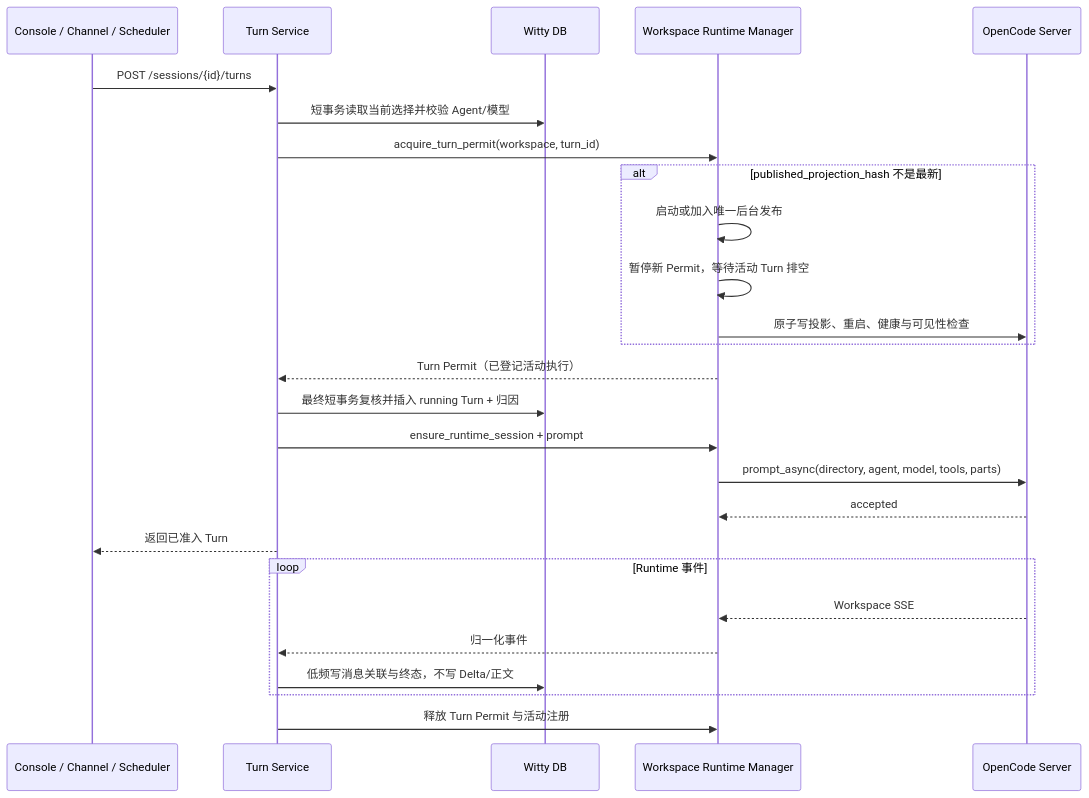
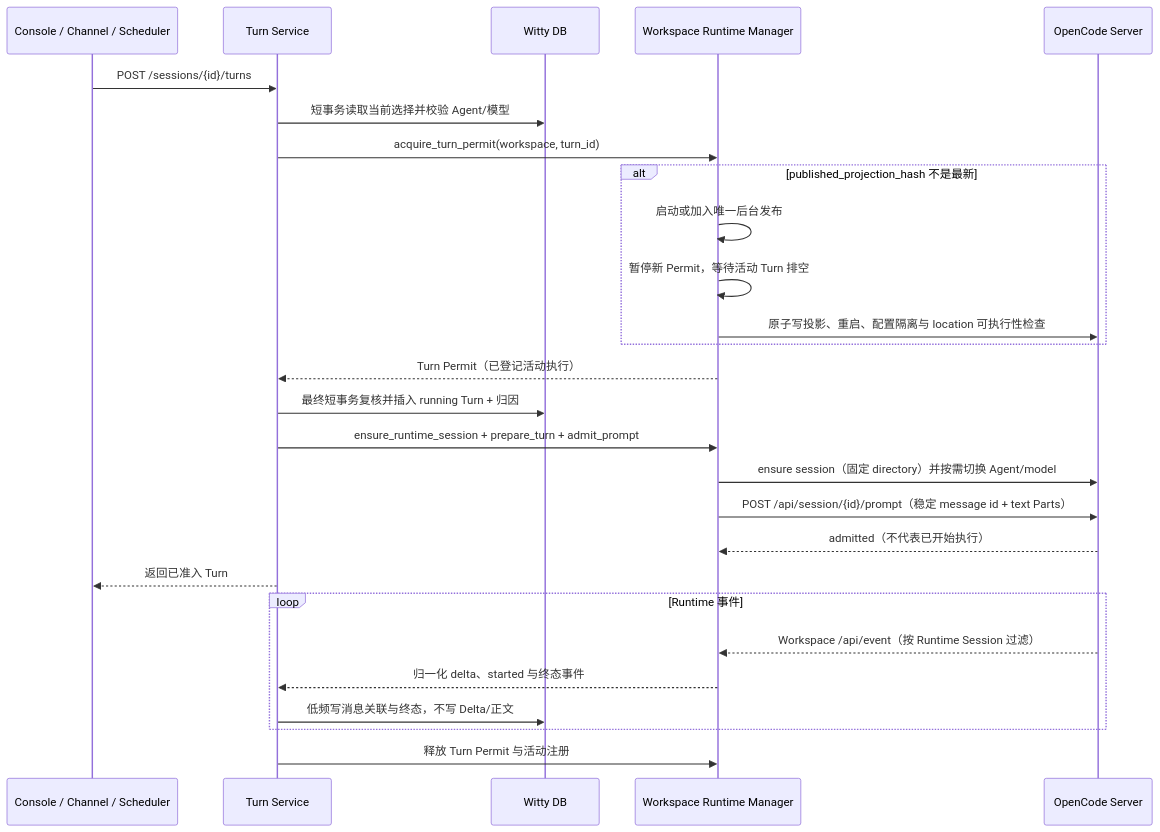
Before and after one commit to openeuler-mirror/witty-service: the diagram in docs/agent-session-workspace-evolution-plan.md, drawn with Mermaid. The commit also changed other lines of this file and 3 other files, not shown here.

````diff
--- a/docs/agent-session-workspace-evolution-plan.md
+++ b/docs/agent-session-workspace-evolution-plan.md
@@ -154,29 +158,30 @@
 ```mermaid
 sequenceDiagram
     participant Entry as Console / Channel / Scheduler
     participant Turn as Turn Service
     participant DB as Witty DB
     participant RTM as Workspace Runtime Manager
     participant OC as OpenCode Server
 
     Entry->>Turn: POST /sessions/{id}/turns
     Turn->>DB: 短事务读取当前选择并校验 Agent/模型
     Turn->>RTM: acquire_turn_permit(workspace, turn_id)
     alt published_projection_hash 不是最新
         RTM->>RTM: 启动或加入唯一后台发布
         RTM->>RTM: 暂停新 Permit，等待活动 Turn 排空
-        RTM->>OC: 原子写投影、重启、健康与可见性检查
+        RTM->>OC: 原子写投影、重启、配置隔离与 location 可执行性检查
     end
     RTM-->>Turn: Turn Permit（已登记活动执行）
     Turn->>DB: 最终短事务复核并插入 running Turn + 归因
-    Turn->>RTM: ensure_runtime_session + prompt
-    RTM->>OC: prompt_async(directory, agent, model, tools, parts)
-    OC-->>RTM: accepted
+    Turn->>RTM: ensure_runtime_session + prepare_turn + admit_prompt
+    RTM->>OC: ensure session（固定 directory）并按需切换 Agent/model
+    RTM->>OC: POST /api/session/{id}/prompt（稳定 message id + text Parts）
+    OC-->>RTM: admitted（不代表已开始执行）
     Turn-->>Entry: 返回已准入 Turn
     loop Runtime 事件
-        OC-->>RTM: Workspace SSE
-        RTM-->>Turn: 归一化事件
+        OC-->>RTM: Workspace /api/event（按 Runtime Session 过滤）
+        RTM-->>Turn: 归一化 delta、started 与终态事件
         Turn->>DB: 低频写消息关联与终态，不写 Delta/正文
     end
     Turn->>RTM: 释放 Turn Permit 与活动注册
 ```
````
